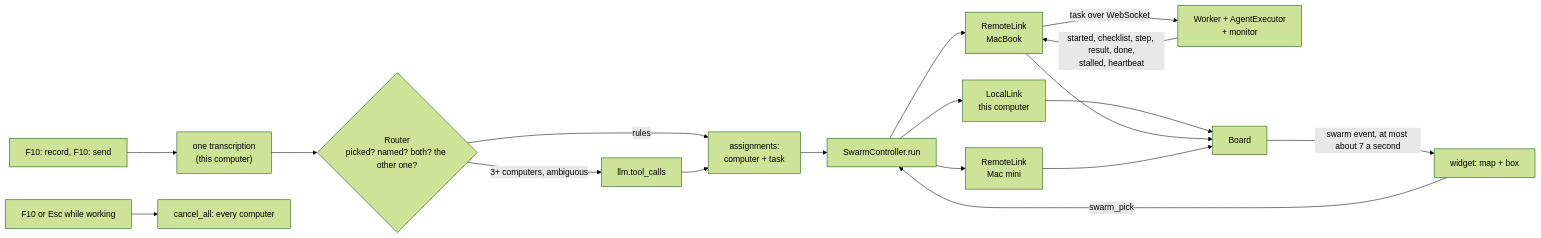
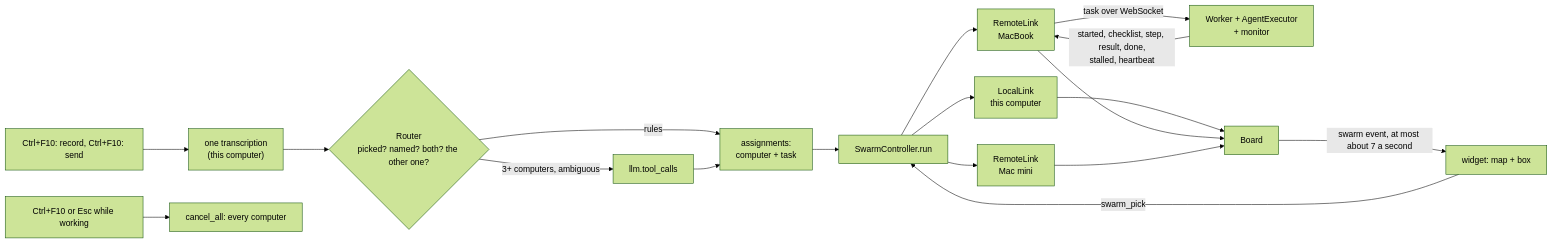
One commit to siddh30/prometheus-voice-control changed diagram 11 of 19 in DESIGN.md. Above: the diagram before and after it, drawn with Mermaid (forest theme). The commit also changed other lines of this file and 32 other files, not shown here.

Commit message:
Hotkeys are Control+key (Ctrl+F9, Ctrl+F10, Ctrl+F12); Citrix mode button types dictation key by key instead of pasting

````diff
--- a/DESIGN.md
+++ b/DESIGN.md
@@ -405,19 +407,19 @@
 ```mermaid
 flowchart LR
-    KEY["F10: record, F10: send"] --> STT["one transcription<br/>(this computer)"]
+    KEY["Ctrl+F10: record, Ctrl+F10: send"] --> STT["one transcription<br/>(this computer)"]
     STT --> ROUTER{"Router<br/>picked? named? both? the other one?"}
     ROUTER -- "rules" --> ASSIGN["assignments:<br/>computer + task"]
     ROUTER -- "3+ computers, ambiguous" --> LLM["llm.tool_calls"] --> ASSIGN
     ASSIGN --> CTRL["SwarmController.run"]
     CTRL --> L1["LocalLink<br/>this computer"]
     CTRL --> L2["RemoteLink<br/>MacBook"]
     CTRL --> L3["RemoteLink<br/>Mac mini"]
     L2 -- "task over WebSocket" --> W2["Worker + AgentExecutor<br/>+ monitor"]
     W2 -- "started, checklist, step, result, done,<br/>stalled, heartbeat" --> L2
     L1 --> BOARD["Board"]
     L2 --> BOARD
     L3 --> BOARD
     BOARD -- "swarm event, at most about 7 a second" --> UI["widget: map + box"]
     UI -- "swarm_pick" --> CTRL
-    KEY2["F10 or Esc while working"] --> CANCEL["cancel_all: every computer"]
+    KEY2["Ctrl+F10 or Esc while working"] --> CANCEL["cancel_all: every computer"]
 ```
````
